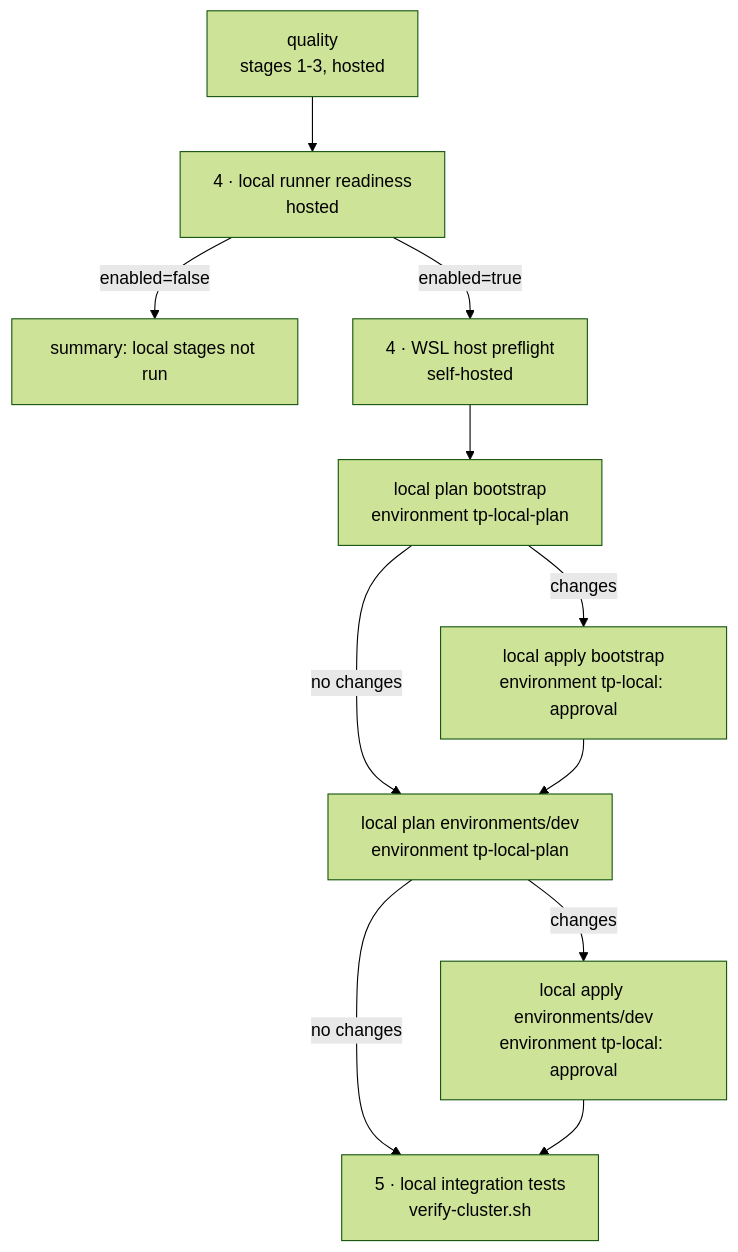
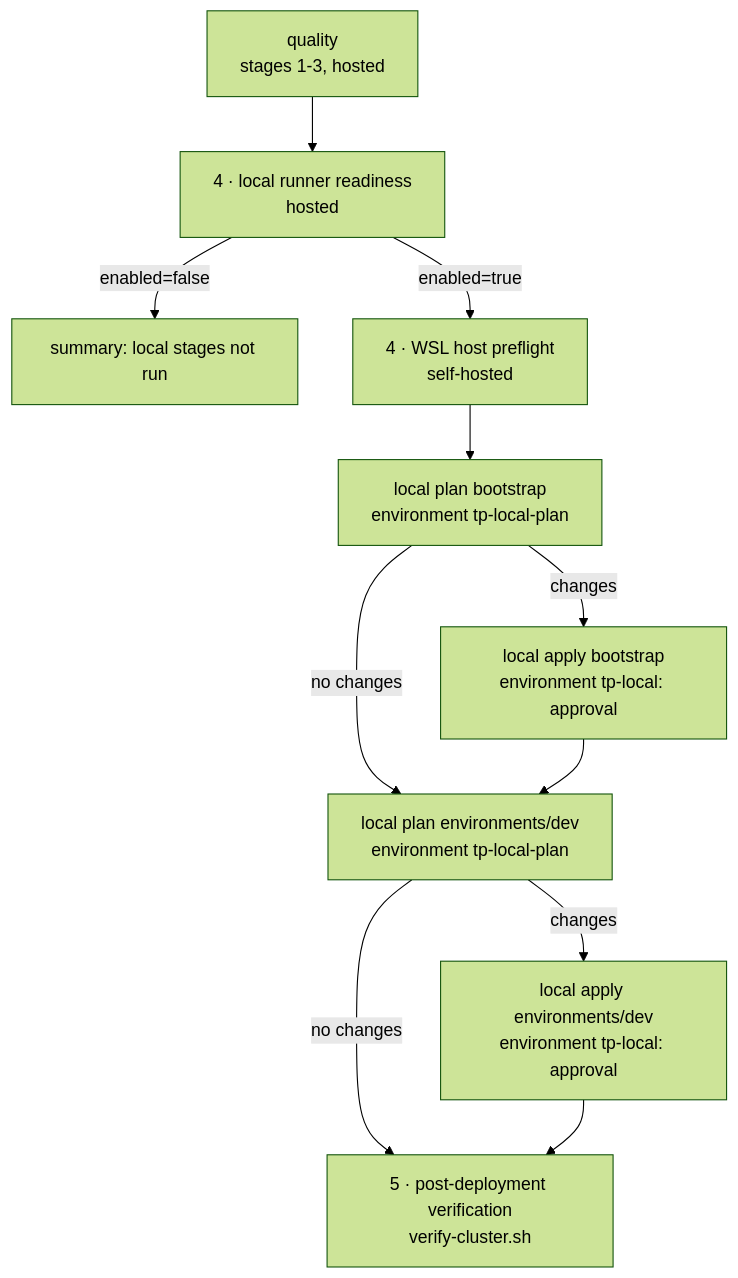
One commit to herculeihasa/generic-infra changed the diagram in tp-local/docs/runbooks/06-cicd-and-deployment.md. Above: the diagram before and after it, drawn with Mermaid (forest theme). The commit also changed other lines of this file and 29 other files, not shown here.

````diff
--- a/tp-local/docs/runbooks/06-cicd-and-deployment.md
+++ b/tp-local/docs/runbooks/06-cicd-and-deployment.md
@@ -25,13 +25,13 @@
 ```mermaid
 flowchart TD
     Q["quality<br/>stages 1-3, hosted"] --> R["4 · local runner readiness<br/>hosted"]
     R -->|"enabled=false"| X["summary: local stages not run"]
     R -->|"enabled=true"| P["4 · WSL host preflight<br/>self-hosted"]
     P --> PB["local plan bootstrap<br/>environment tp-local-plan"]
     PB -->|"changes"| AB["local apply bootstrap<br/>environment tp-local: approval"]
     PB -->|"no changes"| PD["local plan environments/dev<br/>environment tp-local-plan"]
     AB --> PD
     PD -->|"changes"| AD["local apply environments/dev<br/>environment tp-local: approval"]
-    PD -->|"no changes"| I["5 · local integration tests<br/>verify-cluster.sh"]
+    PD -->|"no changes"| I["5 · post-deployment verification<br/>verify-cluster.sh"]
     AD --> I
 ```
````
